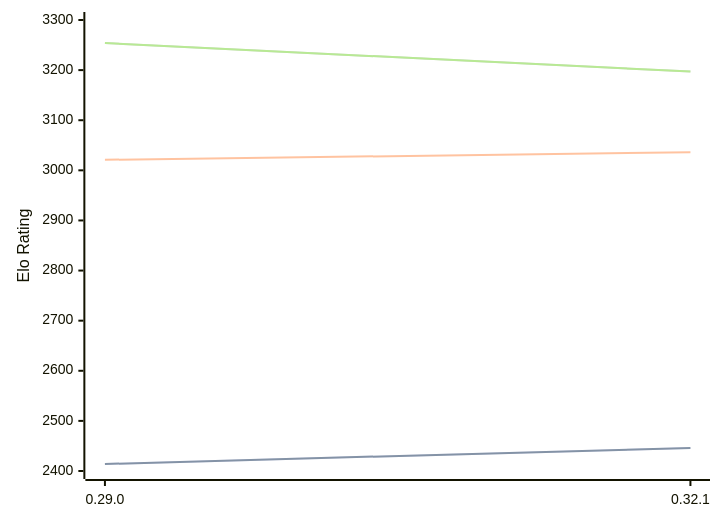
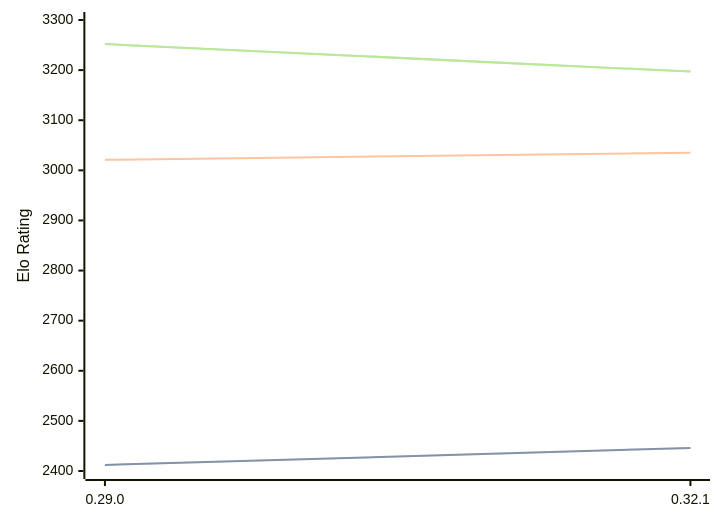
The diagram in engines/Lc0.md (computer-chess-index/cci), drawn with Mermaid before and after one commit. The commit also changed other lines of this file, not shown here.

Commit message:
Update CCI Ratings (ELO VLTC) - 2026-03-25

````diff
--- a/engines/Lc0.md
+++ b/engines/Lc0.md
@@ -68,11 +68,11 @@
 ```mermaid
 %%{init: {"theme":"base","themeVariables":{"seriesColors:['#a3a3a3','#222221','#faa371']}}}%%
 xychart-beta
   x-axis ["0.29.0", "0.32.1"]
   y-axis "Elo Rating" 2400 --> 3300
-  line "STC (8.0+0.08s)" [2414, 2446]
-  line "STC (8.0+0.08s)" [2414, 2446]
-  line "LTC (60.0+0.60s)" [3021, 3036]
-  line "VLTC (2m24s+1.12s)" [3254, 3197]
-  line "VLTC (2m24s+1.12s)" [3254, 3197]
+  line "STC (8.0+0.08s)" [2412, 2446]
+  line "STC (8.0+0.08s)" [2412, 2446]
+  line "LTC (60.0+0.60s)" [3021, 3035]
+  line "VLTC (2m24s+1.12s)" [3252, 3197]
+  line "VLTC (2m24s+1.12s)" [3252, 3197]
 ```
````
